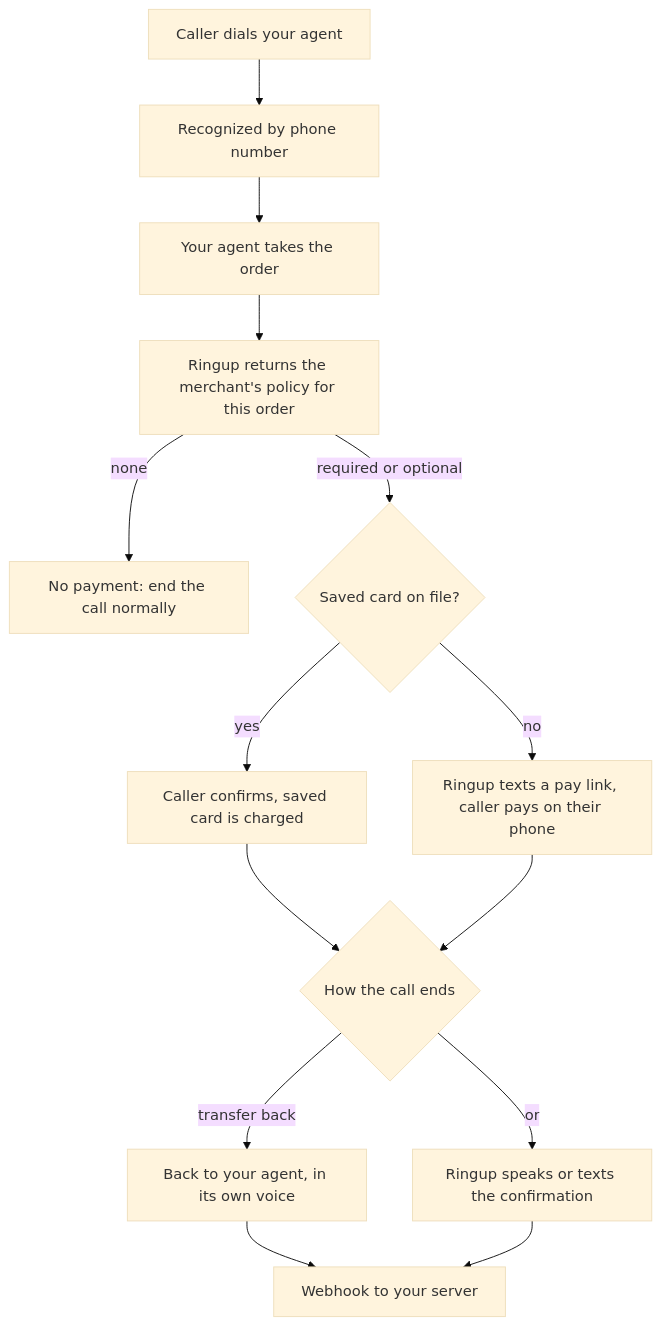
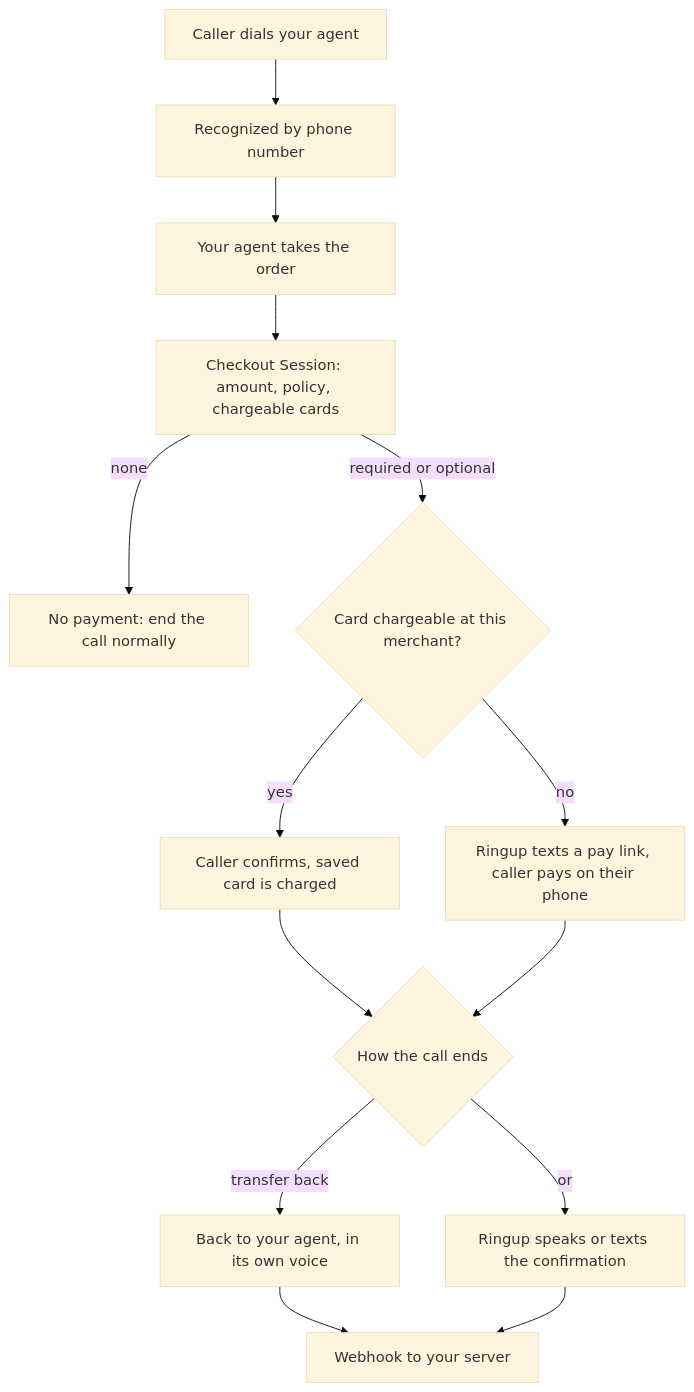
One commit to atifnayeem-oss/docs changed the diagram in concepts/how-it-works.mdx. Above: the diagram before and after it, drawn with Mermaid (base theme). The commit also changed other lines of this file and 23 other files, not shown here.

````diff
--- a/concepts/how-it-works.mdx
+++ b/concepts/how-it-works.mdx
@@ -66,16 +68,16 @@
 ```mermaid
 flowchart TD
     A[Caller dials your agent] --> B[Recognized by phone number]
     B --> C[Your agent takes the order]
-    C --> D[Ringup returns the merchant's policy for this order]
+    C --> D[Checkout Session: amount, policy, chargeable cards]
     D -->|none| E[No payment: end the call normally]
-    D -->|required or optional| F{Saved card on file?}
+    D -->|required or optional| F{Card chargeable at this merchant?}
     F -->|yes| G[Caller confirms, saved card is charged]
     F -->|no| H[Ringup texts a pay link, caller pays on their phone]
     G --> J{How the call ends}
     H --> J
     J -->|transfer back| K[Back to your agent, in its own voice]
     J -->|or| L[Ringup speaks or texts the confirmation]
     K --> M[Webhook to your server]
     L --> M
 ```
````
